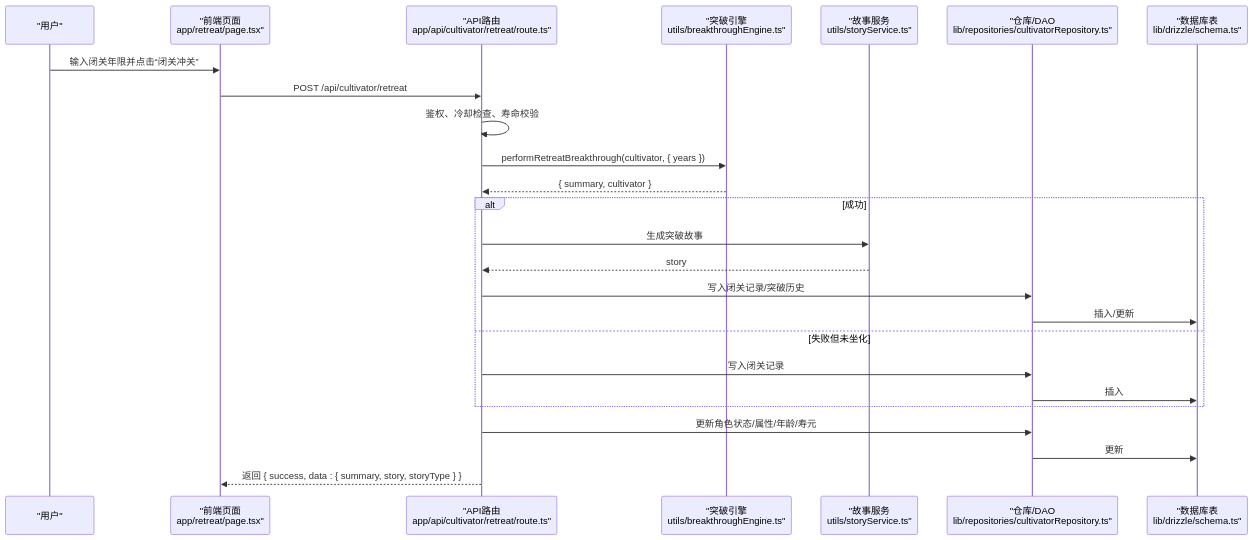
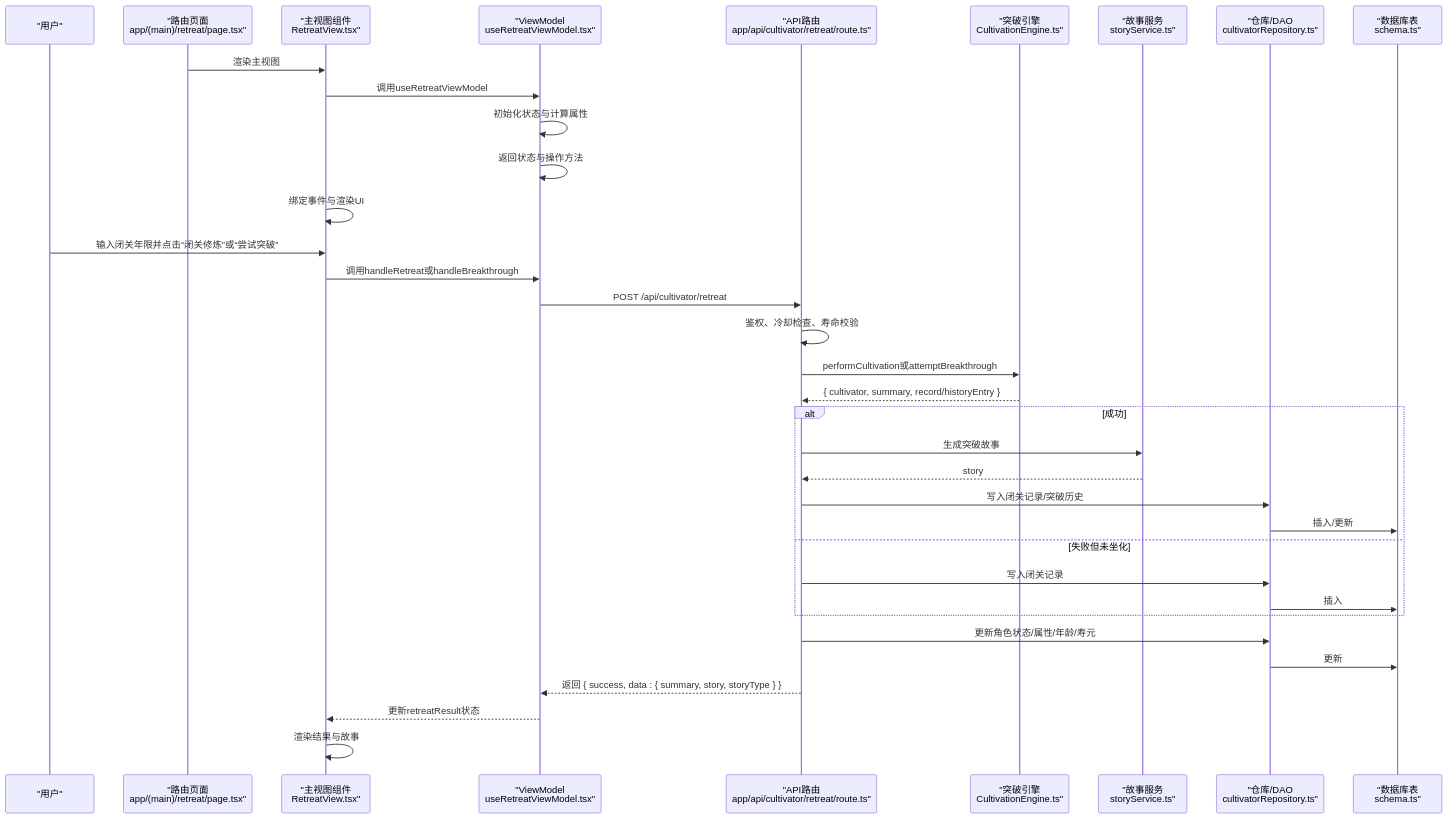
Before and after one commit to ChurchTao/Daoyou: the second of 3 diagrams in .qoder/repowiki/zh/content/核心功能模块/闭关系统.md, drawn with Mermaid. The commit also changed other lines of this file and 14 other files, not shown here.

````diff
--- a/.qoder/repowiki/zh/content/核心功能模块/闭关系统.md
+++ b/.qoder/repowiki/zh/content/核心功能模块/闭关系统.md
@@ -121,27 +143,37 @@
 ```mermaid
 sequenceDiagram
 participant U as "用户"
-participant P as "前端页面<br/>app/retreat/page.tsx"
+participant P as "路由页面<br/>app/(main)/retreat/page.tsx"
+participant V as "主视图组件<br/>RetreatView.tsx"
+participant VM as "ViewModel<br/>useRetreatViewModel.tsx"
 participant R as "API路由<br/>app/api/cultivator/retreat/route.ts"
-participant E as "突破引擎<br/>utils/breakthroughEngine.ts"
-participant S as "故事服务<br/>utils/storyService.ts"
-participant Repo as "仓库/DAO<br/>lib/repositories/cultivatorRepository.ts"
-participant DB as "数据库表<br/>lib/drizzle/schema.ts"
-U->>P : 输入闭关年限并点击“闭关冲关”
-P->>R : POST /api/cultivator/retreat
+participant E as "突破引擎<br/>CultivationEngine.ts"
+participant S as "故事服务<br/>storyService.ts"
+participant Repo as "仓库/DAO<br/>cultivatorRepository.ts"
+participant DB as "数据库表<br/>schema.ts"
+P->>V : 渲染主视图
+V->>VM : 调用useRetreatViewModel
+VM->>VM : 初始化状态与计算属性
+VM->>VM : 返回状态与操作方法
+V->>V : 绑定事件与渲染UI
+U->>V : 输入闭关年限并点击“闭关修炼”或“尝试突破”
+V->>VM : 调用handleRetreat或handleBreakthrough
+VM->>R : POST /api/cultivator/retreat
 R->>R : 鉴权、冷却检查、寿命校验
-R->>E : performRetreatBreakthrough(cultivator, { years })
-E-->>R : { summary, cultivator }
+R->>E : performCultivation或attemptBreakthrough
+E-->>R : { cultivator, summary, record/historyEntry }
 alt 成功
 R->>S : 生成突破故事
 S-->>R : story
 R->>Repo : 写入闭关记录/突破历史
 Repo->>DB : 插入/更新
 else 失败但未坐化
 R->>Repo : 写入闭关记录
 Repo->>DB : 插入
 end
 R->>Repo : 更新角色状态/属性/年龄/寿元
 Repo->>DB : 更新
-R-->>P : 返回 { success, data : { summary, story, storyType } }
+R-->>VM : 返回 { success, data : { summary, story, storyType } }
+VM-->>V : 更新retreatResult状态
+V->>V : 渲染结果与故事
 ```
````
